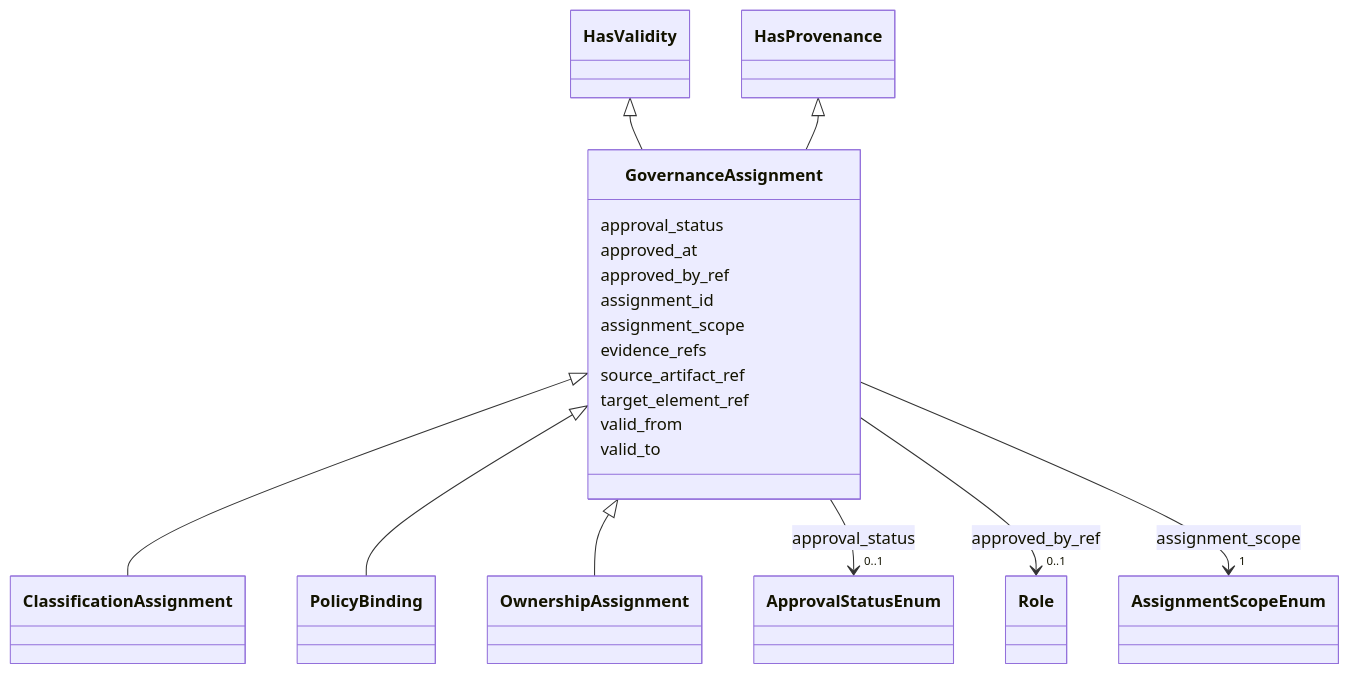
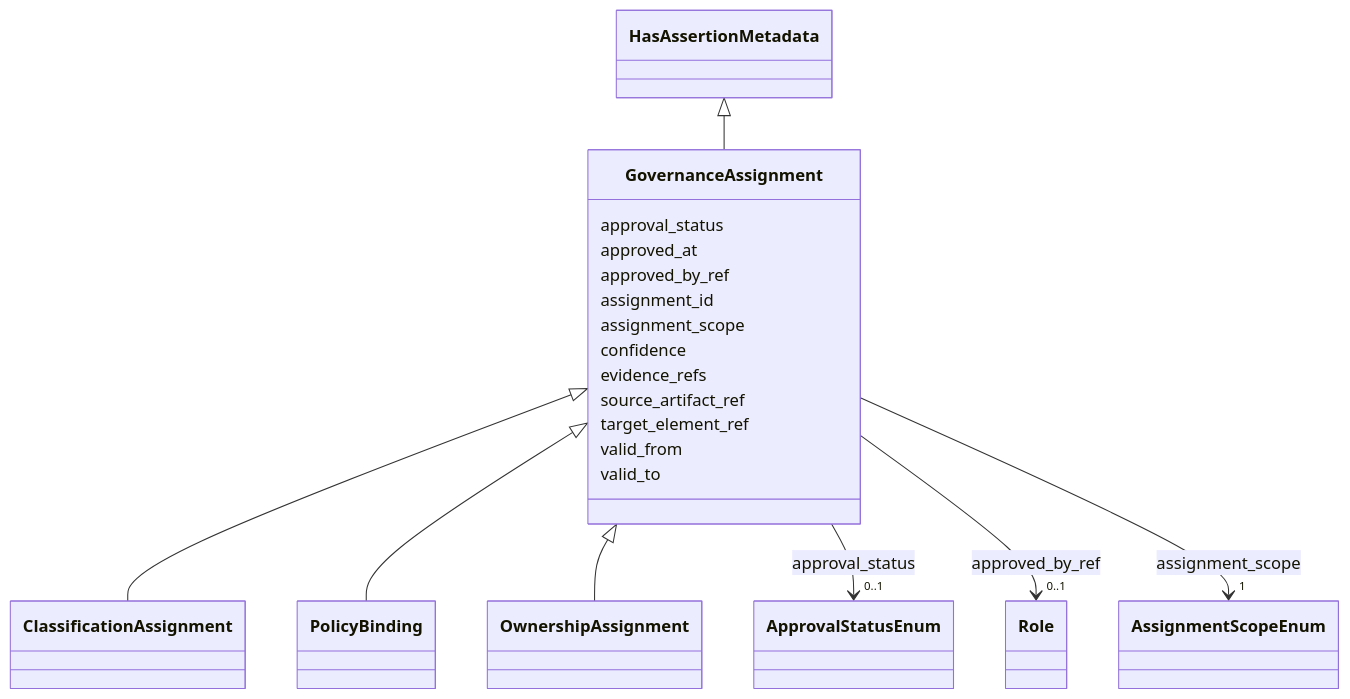
Before and after one commit to oista/moex-data-model: the diagram in generated/artifacts/moex-dams/0.1/diagrams/GovernanceAssignment.md, drawn with Mermaid. The commit also changed 49 other files, not shown here.

First line of the commit message:
feat(schema): HasAssertionMetadata mixin and INV-057 (ADR-053, 5.1.0)

````diff
--- a/generated/artifacts/moex-dams/0.1/diagrams/GovernanceAssignment.md
+++ b/generated/artifacts/moex-dams/0.1/diagrams/GovernanceAssignment.md
@@ -4,67 +4,67 @@
 ```mermaid
  classDiagram
     class GovernanceAssignment
     click GovernanceAssignment href "../GovernanceAssignment"
-      HasValidity <|-- GovernanceAssignment
-        click HasValidity href "../HasValidity"
-      HasProvenance <|-- GovernanceAssignment
-        click HasProvenance href "../HasProvenance"
+      HasAssertionMetadata <|-- GovernanceAssignment
+        click HasAssertionMetadata href "../HasAssertionMetadata"
       
 
       GovernanceAssignment <|-- ClassificationAssignment
         click ClassificationAssignment href "../ClassificationAssignment"
       GovernanceAssignment <|-- PolicyBinding
         click PolicyBinding href "../PolicyBinding"
       GovernanceAssignment <|-- OwnershipAssignment
         click OwnershipAssignment href "../OwnershipAssignment"
       
 
       GovernanceAssignment : approval_status
         
           
     
         
         
         GovernanceAssignment --> "0..1" ApprovalStatusEnum : approval_status
         click ApprovalStatusEnum href "../ApprovalStatusEnum"
     
 
         
       GovernanceAssignment : approved_at
         
       GovernanceAssignment : approved_by_ref
         
           
     
         
         
         GovernanceAssignment --> "0..1" Role : approved_by_ref
         click Role href "../Role"
     
 
         
       GovernanceAssignment : assignment_id
         
       GovernanceAssignment : assignment_scope
         
           
     
         
         
         GovernanceAssignment --> "1" AssignmentScopeEnum : assignment_scope
         click AssignmentScopeEnum href "../AssignmentScopeEnum"
     
 
         
+      GovernanceAssignment : confidence
+        
       GovernanceAssignment : evidence_refs
         
       GovernanceAssignment : source_artifact_ref
         
       GovernanceAssignment : target_element_ref
         
       GovernanceAssignment : valid_from
         
       GovernanceAssignment : valid_to
         
       
 ```
````
